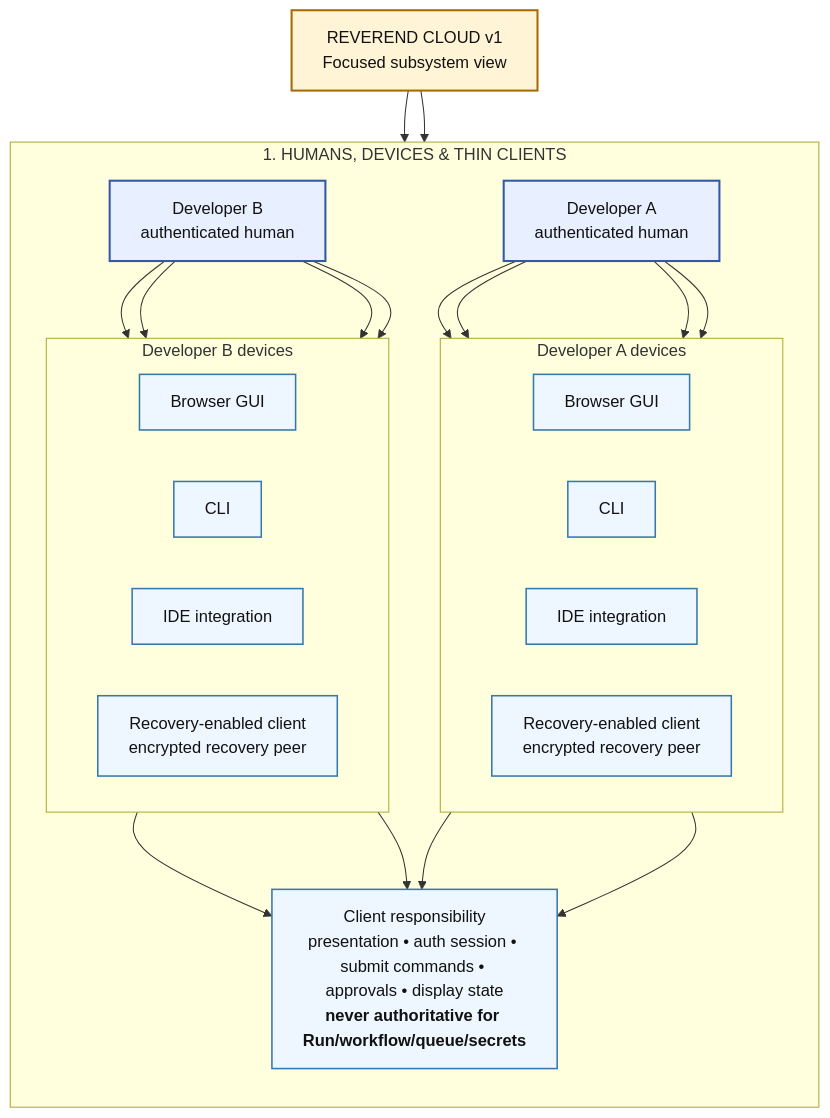
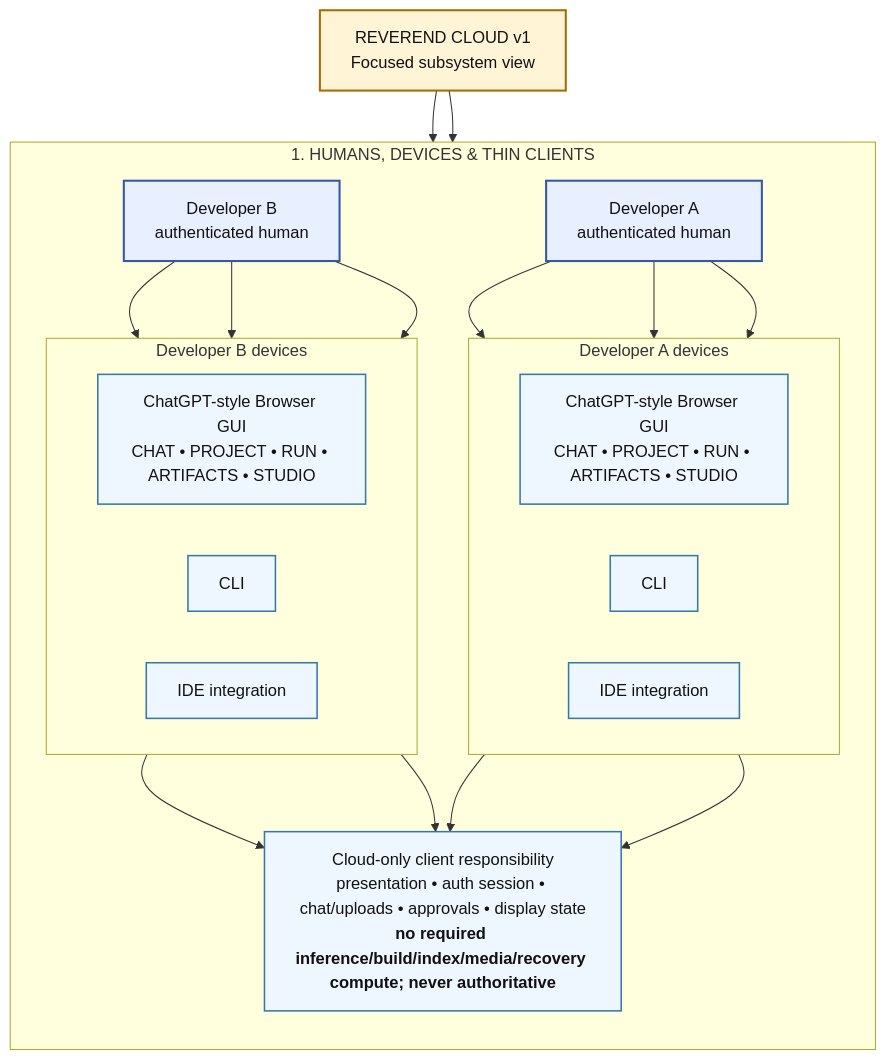
One commit to reverez/reverend changed the diagram in Documentation/Design/Diagrams/Subsystems/01-humans-clients-devices.mmd. Above: the diagram before and after it, drawn with Mermaid.

Commit message:
docs: align client subsystem with cloud-only product

```diff
--- a/Documentation/Design/Diagrams/Subsystems/01-humans-clients-devices.mmd
+++ b/Documentation/Design/Diagrams/Subsystems/01-humans-clients-devices.mmd
@@ -1,81 +1,77 @@
 flowchart TB
 
 %% STYLES
 %% =========================================================
 classDef human fill:#e8f0ff,stroke:#3458a4,stroke-width:2px,color:#111;
 classDef client fill:#eef7ff,stroke:#3678a8,stroke-width:1.5px,color:#111;
 classDef api fill:#e9fff7,stroke:#23855f,stroke-width:1.5px,color:#111;
 classDef authority fill:#fff4d6,stroke:#a76b00,stroke-width:2px,color:#111;
 classDef domain fill:#fff9e8,stroke:#a7802b,stroke-width:1.5px,color:#111;
 classDef agent fill:#f5edff,stroke:#7552a8,stroke-width:1.5px,color:#111;
 classDef context fill:#f8f3ff,stroke:#8458aa,stroke-width:1.2px,color:#111;
 classDef tool fill:#fff0f0,stroke:#aa4949,stroke-width:1.5px,color:#111;
 classDef verify fill:#efffe9,stroke:#4e8a3c,stroke-width:1.5px,color:#111;
 classDef sched fill:#eefcf8,stroke:#2f7a68,stroke-width:1.5px,color:#111;
 classDef compute fill:#eef4ff,stroke:#4f68a8,stroke-width:1.5px,color:#111;
 classDef model fill:#f1ecff,stroke:#5f49a8,stroke-width:1.5px,color:#111;
 classDef durable fill:#fff2e5,stroke:#a6642c,stroke-width:1.5px,color:#111;
 classDef security fill:#ffecec,stroke:#a73b3b,stroke-width:1.5px,color:#111;
 classDef data fill:#f4f4f4,stroke:#666,stroke-width:1.3px,color:#111;
 classDef cost fill:#ecfff1,stroke:#3e8b55,stroke-width:1.5px,color:#111;
 classDef ops fill:#f2fbff,stroke:#3f7890,stroke-width:1.5px,color:#111;
 classDef external fill:#f7f7f7,stroke:#777,stroke-width:1.2px,stroke-dasharray:5 3,color:#111;
 classDef dev fill:#fff8ed,stroke:#9b6b23,stroke-width:1.3px,color:#111;
 classDef invariant fill:#fffbe6,stroke:#b09121,stroke-width:1.5px,color:#111;
 
 %% =========================================================
 
 ROOT["REVEREND CLOUD v1<br/>Focused subsystem view"]:::authority
 
 %% =========================================================
 %% FOCUSED VIEW
 %% Source: ../system-complete-mermaid-diagram.mmd
 %% Section 1: HUMANS / CLIENTS / DEVICES
 %% External cross-subsystem references may render as compact interface nodes.
 %% =========================================================
 
 %% =========================================================
 %% 1. HUMANS / CLIENTS / DEVICES
 %% =========================================================
 subgraph CLIENTS["1. HUMANS, DEVICES & THIN CLIENTS"]
 direction TB
 
 U_A["Developer A<br/>authenticated human"]:::human
 U_B["Developer B<br/>authenticated human"]:::human
 
 subgraph CL_A["Developer A devices"]
 direction LR
-A_GUI["Browser GUI"]:::client
+A_GUI["ChatGPT-style Browser GUI<br/>CHAT • PROJECT • RUN • ARTIFACTS • STUDIO"]:::client
 A_CLI["CLI"]:::client
 A_IDE["IDE integration"]:::client
-A_REC["Recovery-enabled client<br/>encrypted recovery peer"]:::client
 end
 
 subgraph CL_B["Developer B devices"]
 direction LR
-B_GUI["Browser GUI"]:::client
+B_GUI["ChatGPT-style Browser GUI<br/>CHAT • PROJECT • RUN • ARTIFACTS • STUDIO"]:::client
 B_CLI["CLI"]:::client
 B_IDE["IDE integration"]:::client
-B_REC["Recovery-enabled client<br/>encrypted recovery peer"]:::client
 end
 
 U_A --> A_GUI
 U_A --> A_CLI
 U_A --> A_IDE
-U_A --> A_REC
 
 U_B --> B_GUI
 U_B --> B_CLI
 U_B --> B_IDE
-U_B --> B_REC
 
-CLIENT_RULE["Client responsibility<br/>presentation • auth session • submit commands • approvals • display state<br/><b>never authoritative for Run/workflow/queue/secrets</b>"]:::client
+CLIENT_RULE["Cloud-only client responsibility<br/>presentation • auth session • chat/uploads • approvals • display state<br/><b>no required inference/build/index/media/recovery compute; never authoritative</b>"]:::client
 
 A_GUI --> CLIENT_RULE
 B_GUI --> CLIENT_RULE
 A_CLI --> CLIENT_RULE
 B_CLI --> CLIENT_RULE
 end
 
 ROOT --> U_A
 ROOT --> U_B
```
